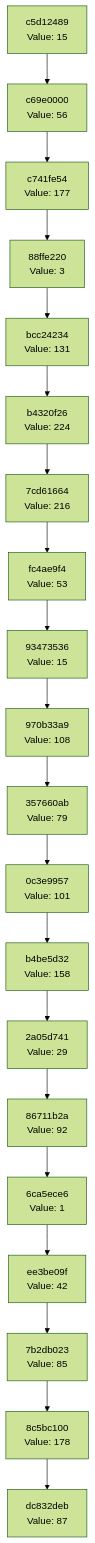
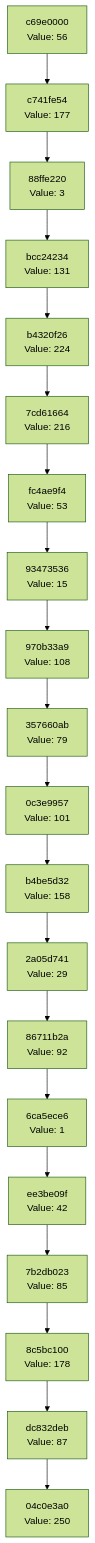
Before and after one commit to Abhisheksinha1506/hash-chain-evolver: the diagram in docs/CHAIN_VISUALIZATION.md, drawn with Mermaid (forest theme). The commit also changed 3 other files, not shown here.

````diff
--- a/docs/CHAIN_VISUALIZATION.md
+++ b/docs/CHAIN_VISUALIZATION.md
@@ -3,42 +3,42 @@
 ```mermaid
 graph TD
-    C0["dc832deb<br/>Value: 87"]
-    C1["8c5bc100<br/>Value: 178"]
+    C0["04c0e3a0<br/>Value: 250"]
+    C1["dc832deb<br/>Value: 87"]
     C1 --> C0
-    C2["7b2db023<br/>Value: 85"]
+    C2["8c5bc100<br/>Value: 178"]
     C2 --> C1
-    C3["ee3be09f<br/>Value: 42"]
+    C3["7b2db023<br/>Value: 85"]
     C3 --> C2
-    C4["6ca5ece6<br/>Value: 1"]
+    C4["ee3be09f<br/>Value: 42"]
     C4 --> C3
-    C5["86711b2a<br/>Value: 92"]
+    C5["6ca5ece6<br/>Value: 1"]
     C5 --> C4
-    C6["2a05d741<br/>Value: 29"]
+    C6["86711b2a<br/>Value: 92"]
     C6 --> C5
-    C7["b4be5d32<br/>Value: 158"]
+    C7["2a05d741<br/>Value: 29"]
     C7 --> C6
-    C8["0c3e9957<br/>Value: 101"]
+    C8["b4be5d32<br/>Value: 158"]
     C8 --> C7
-    C9["357660ab<br/>Value: 79"]
+    C9["0c3e9957<br/>Value: 101"]
     C9 --> C8
-    C10["970b33a9<br/>Value: 108"]
+    C10["357660ab<br/>Value: 79"]
     C10 --> C9
-    C11["93473536<br/>Value: 15"]
+    C11["970b33a9<br/>Value: 108"]
     C11 --> C10
-    C12["fc4ae9f4<br/>Value: 53"]
+    C12["93473536<br/>Value: 15"]
     C12 --> C11
-    C13["7cd61664<br/>Value: 216"]
+    C13["fc4ae9f4<br/>Value: 53"]
     C13 --> C12
-    C14["b4320f26<br/>Value: 224"]
+    C14["7cd61664<br/>Value: 216"]
     C14 --> C13
-    C15["bcc24234<br/>Value: 131"]
+    C15["b4320f26<br/>Value: 224"]
     C15 --> C14
-    C16["88ffe220<br/>Value: 3"]
+    C16["bcc24234<br/>Value: 131"]
     C16 --> C15
-    C17["c741fe54<br/>Value: 177"]
+    C17["88ffe220<br/>Value: 3"]
     C17 --> C16
-    C18["c69e0000<br/>Value: 56"]
+    C18["c741fe54<br/>Value: 177"]
     C18 --> C17
-    C19["c5d12489<br/>Value: 15"]
+    C19["c69e0000<br/>Value: 56"]
     C19 --> C18
 ```
````
